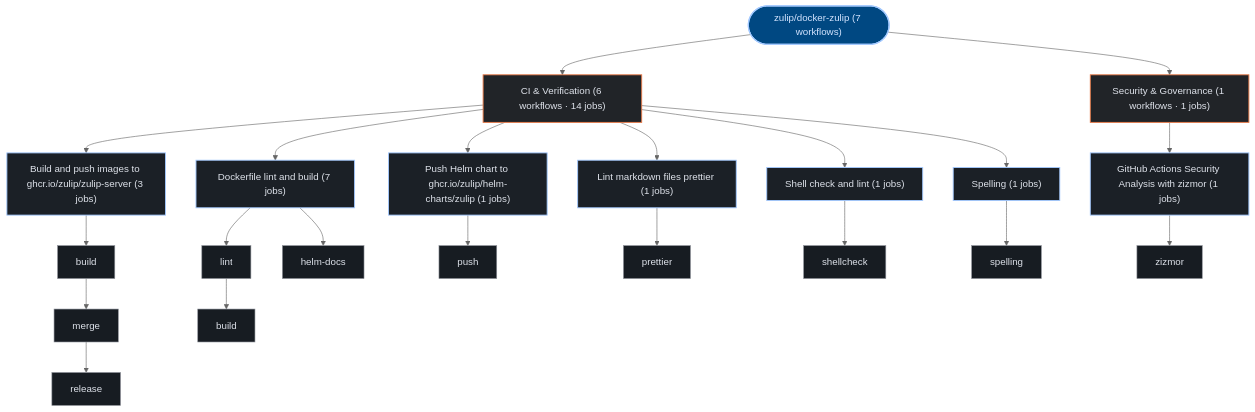
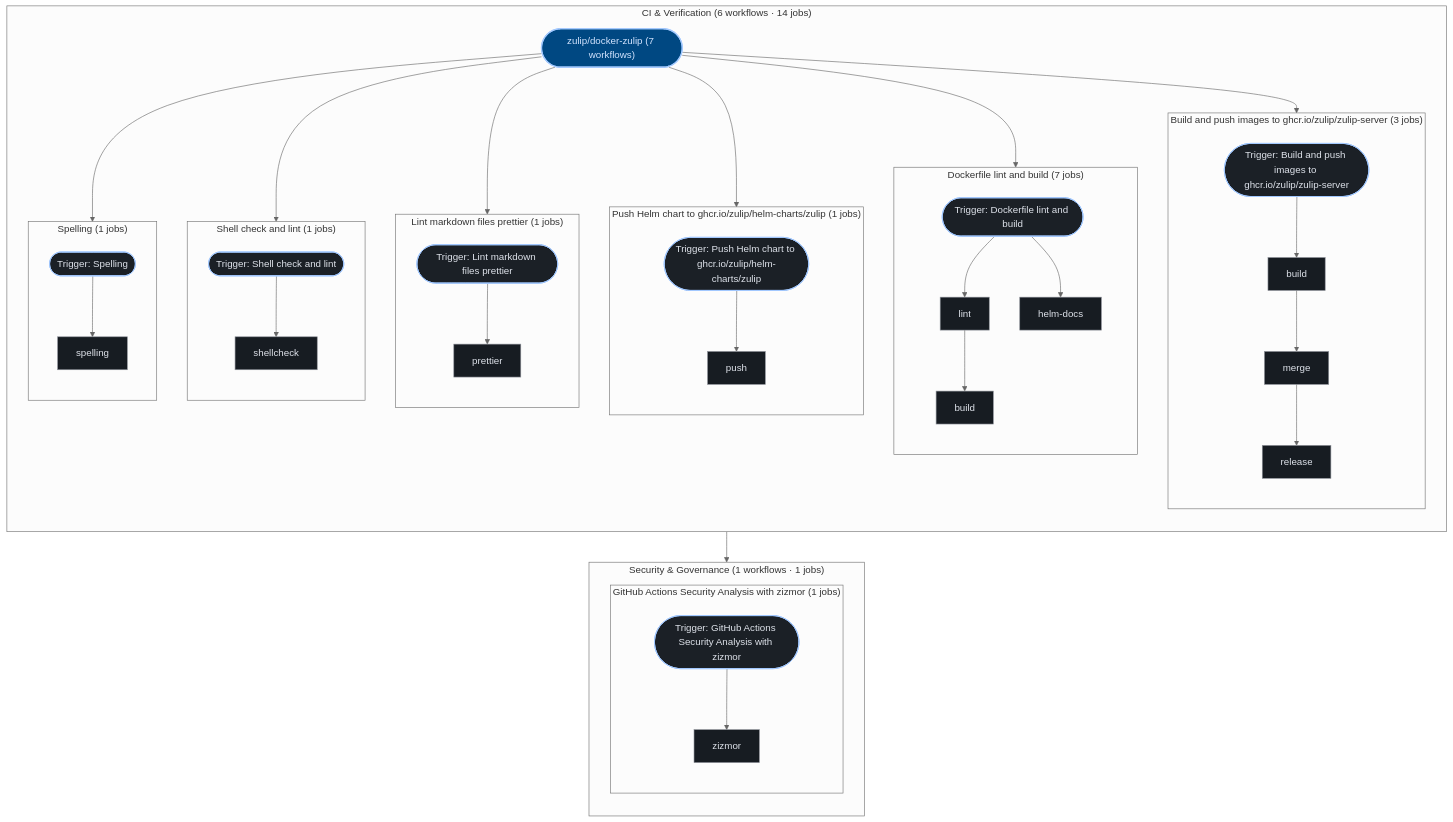
The third of 3 diagrams in exports/latest/reports/zulip-docker-zulip-report.md (kumarshaz/atruss-code-atlas), drawn with Mermaid (neutral theme) before and after one commit. The commit also changed 181 other files, not shown here.

````diff
--- a/exports/latest/reports/zulip-docker-zulip-report.md
+++ b/exports/latest/reports/zulip-docker-zulip-report.md
@@ -364,51 +364,74 @@
 ```mermaid
 graph TD;
   classDef atlasRoot fill:#004882,stroke:#a3c9ff,stroke-width:2px,color:#d3e4ff
   classDef atlasCategory fill:#212428,stroke:#E87A48,stroke-width:1.5px,color:#dfe3eb
   classDef atlasWorkflow fill:#1b2026,stroke:#a3c9ff,stroke-width:1.5px,color:#dfe3eb
   classDef atlasJob fill:#171c22,stroke:#8d9199,stroke-width:1px,color:#dfe3eb
   classDef atlasTarget fill:#005227,stroke:#8bd99b,stroke-width:1.5px,color:#a7f6b6
   classDef atlasAlert fill:#93000a,stroke:#ffb4ab,stroke-width:1.5px,color:#ffdad6
   classDef atlasMore fill:#252a31,stroke:#8d9199,stroke-dasharray:4 4,color:#c3c6cf
   pipeline_root(["zulip/docker-zulip (7 workflows)"]):::atlasRoot
-  grp_0_CI___Verification["CI & Verification (6 workflows · 14 jobs)"]:::atlasCategory
-  pipeline_root --> grp_0_CI___Verification
-  wf_0_Build_and_push_images_to_ghcr_io_zulip_zulip_server["Build and push images to ghcr.io/zulip/zulip-server (3 jobs)"]:::atlasWorkflow
-  grp_0_CI___Verification --> wf_0_Build_and_push_images_to_ghcr_io_zulip_zulip_server
-  job_0_build["build"]:::atlasJob
-  job_0_merge["merge"]:::atlasJob
-  job_0_release["release"]:::atlasJob
-  wf_0_Build_and_push_images_to_ghcr_io_zulip_zulip_server --> job_0_build
-  job_0_build --> job_0_merge
-  job_0_merge --> job_0_release
-  wf_1_Dockerfile_lint_and_build["Dockerfile lint and build (7 jobs)"]:::atlasWorkflow
-  grp_0_CI___Verification --> wf_1_Dockerfile_lint_and_build
-  job_1_lint["lint"]:::atlasJob
-  job_1_build["build"]:::atlasJob
-  job_1_helm_docs["helm-docs"]:::atlasJob
-  wf_1_Dockerfile_lint_and_build --> job_1_lint
-  job_1_lint --> job_1_build
-  wf_1_Dockerfile_lint_and_build --> job_1_helm_docs
-  wf_2_Push_Helm_chart_to_ghcr_io_zulip_helm_charts_zulip["Push Helm chart to ghcr.io/zulip/helm-charts/zulip (1 jobs)"]:::atlasWorkflow
-  grp_0_CI___Verification --> wf_2_Push_Helm_chart_to_ghcr_io_zulip_helm_charts_zulip
-  job_2_push["push"]:::atlasJob
-  wf_2_Push_Helm_chart_to_ghcr_io_zulip_helm_charts_zulip --> job_2_push
-  wf_3_Lint_markdown_files_prettier["Lint markdown files prettier (1 jobs)"]:::atlasWorkflow
-  grp_0_CI___Verification --> wf_3_Lint_markdown_files_prettier
-  job_3_prettier["prettier"]:::atlasJob
-  wf_3_Lint_markdown_files_prettier --> job_3_prettier
-  wf_4_Shell_check_and_lint["Shell check and lint (1 jobs)"]:::atlasWorkflow
-  grp_0_CI___Verification --> wf_4_Shell_check_and_lint
-  job_4_shellcheck["shellcheck"]:::atlasJob
-  wf_4_Shell_check_and_lint --> job_4_shellcheck
-  wf_5_Spelling["Spelling (1 jobs)"]:::atlasWorkflow
-  grp_0_CI___Verification --> wf_5_Spelling
-  job_5_spelling["spelling"]:::atlasJob
-  wf_5_Spelling --> job_5_spelling
-  grp_1_Security___Governance["Security & Governance (1 workflows · 1 jobs)"]:::atlasCategory
-  pipeline_root --> grp_1_Security___Governance
-  wf_6_GitHub_Actions_Security_Analysis_with_zizmor["GitHub Actions Security Analysis with zizmor (1 jobs)"]:::atlasWorkflow
-  grp_1_Security___Governance --> wf_6_GitHub_Actions_Security_Analysis_with_zizmor
-  job_6_zizmor["zizmor"]:::atlasJob
-  wf_6_GitHub_Actions_Security_Analysis_with_zizmor --> job_6_zizmor
+  subgraph sg_grp_0_CI___Verification["CI & Verification (6 workflows · 14 jobs)"]
+    direction TB
+    subgraph sg_wf_0_Build_and_push_images_to_ghcr_io_zulip_zulip_server["Build and push images to ghcr.io/zulip/zulip-server (3 jobs)"]
+      direction TB
+      wf_0_Build_and_push_images_to_ghcr_io_zulip_zulip_server(["Trigger: Build and push images to ghcr.io/zulip/zulip-server"]):::atlasWorkflow
+      job_0_build["build"]:::atlasJob
+      job_0_merge["merge"]:::atlasJob
+      job_0_release["release"]:::atlasJob
+      wf_0_Build_and_push_images_to_ghcr_io_zulip_zulip_server --> job_0_build
+      job_0_build --> job_0_merge
+      job_0_merge --> job_0_release
+    end
+    pipeline_root --> wf_0_Build_and_push_images_to_ghcr_io_zulip_zulip_server
+    subgraph sg_wf_1_Dockerfile_lint_and_build["Dockerfile lint and build (7 jobs)"]
+      direction TB
+      wf_1_Dockerfile_lint_and_build(["Trigger: Dockerfile lint and build"]):::atlasWorkflow
+      job_1_lint["lint"]:::atlasJob
+      job_1_build["build"]:::atlasJob
+      job_1_helm_docs["helm-docs"]:::atlasJob
+      wf_1_Dockerfile_lint_and_build --> job_1_lint
+      job_1_lint --> job_1_build
+      wf_1_Dockerfile_lint_and_build --> job_1_helm_docs
+    end
+    pipeline_root --> wf_1_Dockerfile_lint_and_build
+    subgraph sg_wf_2_Push_Helm_chart_to_ghcr_io_zulip_helm_charts_zulip["Push Helm chart to ghcr.io/zulip/helm-charts/zulip (1 jobs)"]
+      direction TB
+      wf_2_Push_Helm_chart_to_ghcr_io_zulip_helm_charts_zulip(["Trigger: Push Helm chart to ghcr.io/zulip/helm-charts/zulip"]):::atlasWorkflow
+      job_2_push["push"]:::atlasJob
+      wf_2_Push_Helm_chart_to_ghcr_io_zulip_helm_charts_zulip --> job_2_push
+    end
+    pipeline_root --> wf_2_Push_Helm_chart_to_ghcr_io_zulip_helm_charts_zulip
+    subgraph sg_wf_3_Lint_markdown_files_prettier["Lint markdown files prettier (1 jobs)"]
+      direction TB
+      wf_3_Lint_markdown_files_prettier(["Trigger: Lint markdown files prettier"]):::atlasWorkflow
+      job_3_prettier["prettier"]:::atlasJob
+      wf_3_Lint_markdown_files_prettier --> job_3_prettier
+    end
+    pipeline_root --> wf_3_Lint_markdown_files_prettier
+    subgraph sg_wf_4_Shell_check_and_lint["Shell check and lint (1 jobs)"]
+      direction TB
+      wf_4_Shell_check_and_lint(["Trigger: Shell check and lint"]):::atlasWorkflow
+      job_4_shellcheck["shellcheck"]:::atlasJob
+      wf_4_Shell_check_and_lint --> job_4_shellcheck
+    end
+    pipeline_root --> wf_4_Shell_check_and_lint
+    subgraph sg_wf_5_Spelling["Spelling (1 jobs)"]
+      direction TB
+      wf_5_Spelling(["Trigger: Spelling"]):::atlasWorkflow
+      job_5_spelling["spelling"]:::atlasJob
+      wf_5_Spelling --> job_5_spelling
+    end
+    pipeline_root --> wf_5_Spelling
+  end
+  subgraph sg_grp_1_Security___Governance["Security & Governance (1 workflows · 1 jobs)"]
+    direction TB
+    subgraph sg_wf_6_GitHub_Actions_Security_Analysis_with_zizmor["GitHub Actions Security Analysis with zizmor (1 jobs)"]
+      direction TB
+      wf_6_GitHub_Actions_Security_Analysis_with_zizmor(["Trigger: GitHub Actions Security Analysis with zizmor"]):::atlasWorkflow
+      job_6_zizmor["zizmor"]:::atlasJob
+      wf_6_GitHub_Actions_Security_Analysis_with_zizmor --> job_6_zizmor
+    end
+    pipeline_root --> wf_6_GitHub_Actions_Security_Analysis_with_zizmor
+  end
 ```
````
